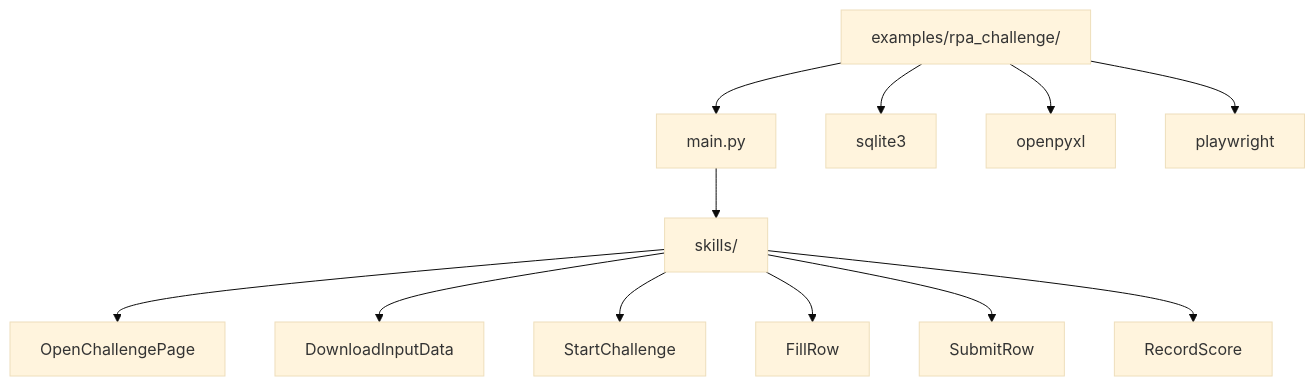
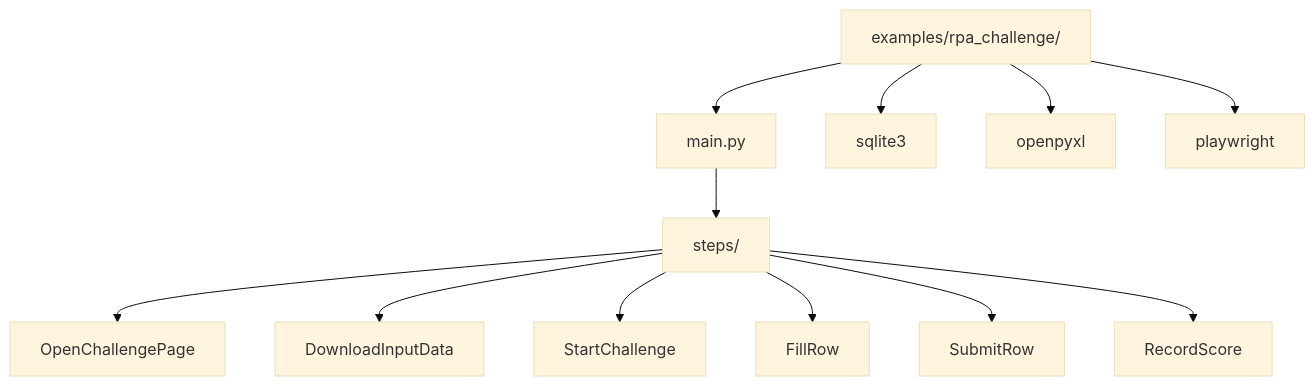
The diagram in docs/guidance/architecture.md (renatomoselli/rpacore-examples), drawn with Mermaid (base theme) before and after one commit. The commit also changed other lines of this file and 239 other files, not shown here.

````diff
--- a/docs/guidance/architecture.md
+++ b/docs/guidance/architecture.md
@@ -9,14 +9,14 @@
 ```mermaid
 graph TD
     A[examples/rpa_challenge/] --> B[main.py]
-    B --> C[skills/]
+    B --> C[steps/]
     C --> D[OpenChallengePage]
     C --> E[DownloadInputData]
     C --> F[StartChallenge]
     C --> G[FillRow]
     C --> H[SubmitRow]
     C --> I[RecordScore]
     A --> J[sqlite3]
     A --> K[openpyxl]
     A --> L[playwright]
 ```
````
